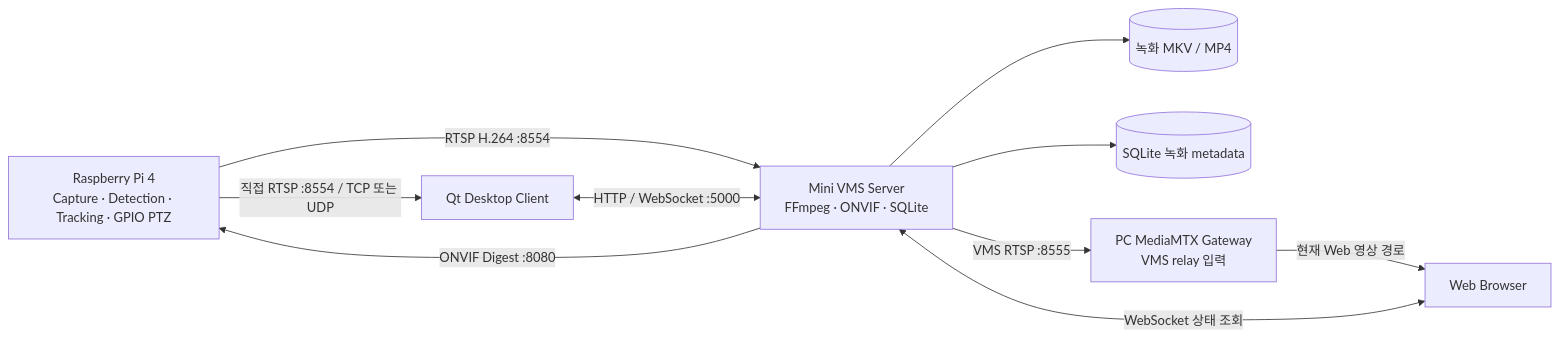
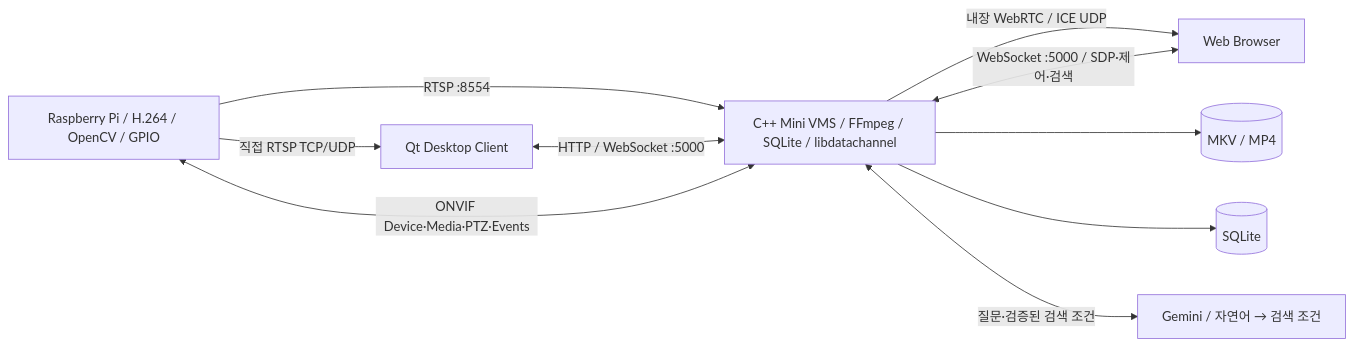
The first of 2 diagrams in README.md (PTZ-CAMERA/PTZ_VMS_Server), drawn with Mermaid before and after one commit. The commit also changed other lines of this file and 29 other files, not shown here.

Commit message:
Update system integration, native WebRTC, recording readiness and READMEs

````diff
--- a/README.md
+++ b/README.md
@@ -7,19 +7,19 @@
 ```mermaid
 flowchart LR
-    Pi["Raspberry Pi 4<br/>Capture · Detection · Tracking · GPIO PTZ"]
-    VMS["Mini VMS Server<br/>FFmpeg · ONVIF · SQLite"]
+    Pi["Raspberry Pi / H.264 / OpenCV / GPIO"]
+    VMS["C++ Mini VMS / FFmpeg / SQLite / libdatachannel"]
     Qt["Qt Desktop Client"]
-    Files[("녹화 MKV / MP4")]
-    DB[("SQLite 녹화 metadata")]
     Web["Web Browser"]
-    WHEP["PC MediaMTX Gateway<br/>VMS relay 입력"]
-    Pi -->|"RTSP H.264 :8554"| VMS
-    VMS -->|"ONVIF Digest :8080"| Pi
-    Qt <-->|"HTTP / WebSocket :5000"| VMS
-    Pi -->|"직접 RTSP :8554 / TCP 또는 UDP"| Qt
+    Files[("MKV / MP4")]
+    DB[("SQLite")]
+    Gemini["Gemini / 자연어 → 검색 조건"]
+    Pi -->|RTSP :8554| VMS
+    Pi -->|직접 RTSP TCP/UDP| Qt
+    Qt <-->|HTTP / WebSocket :5000| VMS
+    Web <-->|WebSocket :5000 / SDP·제어·검색| VMS
+    VMS -->|내장 WebRTC / ICE UDP| Web
+    VMS <-->|ONVIF Device·Media·PTZ·Events| Pi
     VMS --> Files
     VMS --> DB
-    Web <-->|"WebSocket 상태 조회"| VMS
-    VMS -->|"VMS RTSP :8555"| WHEP
-    WHEP -->|"현재 Web 영상 경로"| Web
+    VMS <-->|질문·검증된 검색 조건| Gemini
 ```
````
